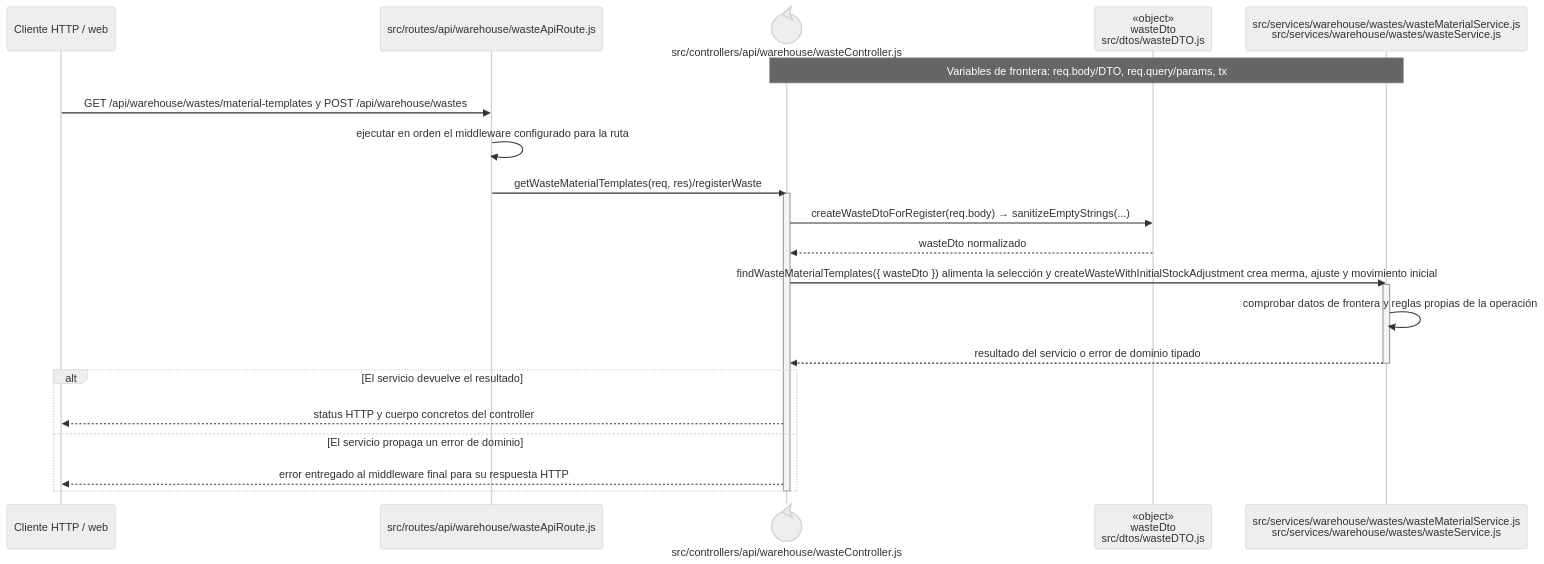
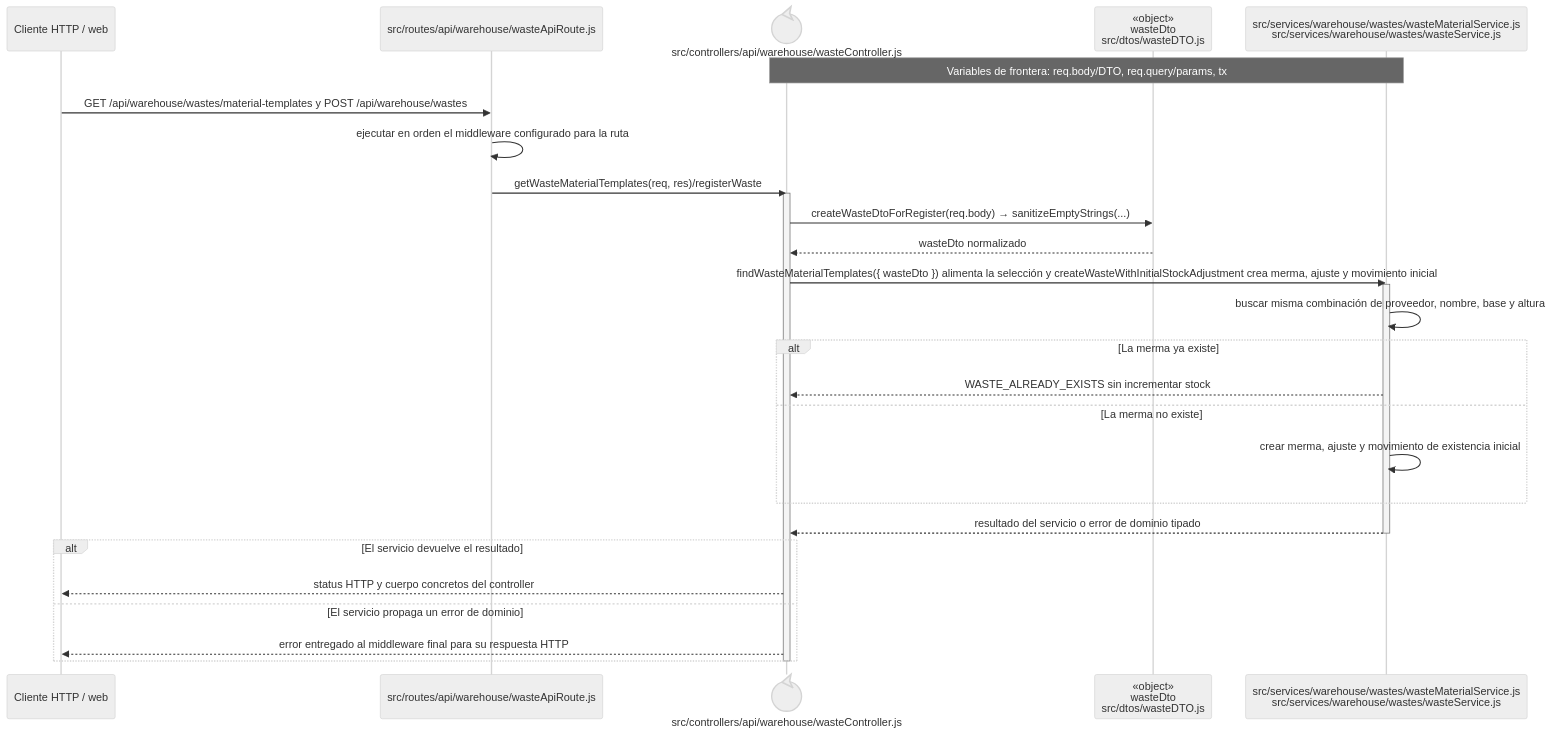
Before and after one commit to gpgsistemas01/nexus: diagram 14 of 20 in docs/architecture/backend-code-sequences/catalogs.md, drawn with Mermaid (neutral theme). The commit also changed other lines of this file and 35 other files, not shown here.

````diff
--- a/docs/architecture/backend-code-sequences/catalogs.md
+++ b/docs/architecture/backend-code-sequences/catalogs.md
@@ -415,27 +420,32 @@
 ```mermaid
 sequenceDiagram
     participant Client as Cliente HTTP / web
     participant Route as src/routes/api/warehouse/wasteApiRoute.js
     participant Controller@{ "type": "control" } as src/controllers/api/warehouse/wasteController.js
     participant WasteDto as «object»<br/>wasteDto<br/>src/dtos/wasteDTO.js
     participant Domain as src/services/warehouse/wastes/wasteMaterialService.js<br/>src/services/warehouse/wastes/wasteService.js
     Note over Controller,Domain: Variables de frontera: req.body/DTO, req.query/params, tx
 
     Client->>Route: GET /api/warehouse/wastes/material-templates y POST /api/warehouse/wastes
     Route->>Route: ejecutar en orden el middleware configurado para la ruta
     Route->>Controller: getWasteMaterialTemplates(req, res)/registerWaste
     activate Controller
     Controller->>WasteDto: createWasteDtoForRegister(req.body) → sanitizeEmptyStrings(...)
     WasteDto-->>Controller: wasteDto normalizado
     Controller->>Domain: findWasteMaterialTemplates({ wasteDto }) alimenta la selección y createWasteWithInitialStockAdjustment crea merma, ajuste y movimiento inicial
     activate Domain
-    Domain->>Domain: comprobar datos de frontera y reglas propias de la operación
+    Domain->>Domain: buscar misma combinación de proveedor, nombre, base y altura
+    alt La merma ya existe
+        Domain-->>Controller: WASTE_ALREADY_EXISTS sin incrementar stock
+    else La merma no existe
+        Domain->>Domain: crear merma, ajuste y movimiento de existencia inicial
+    end
     Domain-->>Controller: resultado del servicio o error de dominio tipado
     deactivate Domain
     alt El servicio devuelve el resultado
         Controller-->>Client: status HTTP y cuerpo concretos del controller
     else El servicio propaga un error de dominio
         Controller-->>Client: error entregado al middleware final para su respuesta HTTP
     end
     deactivate Controller
 ```
````
